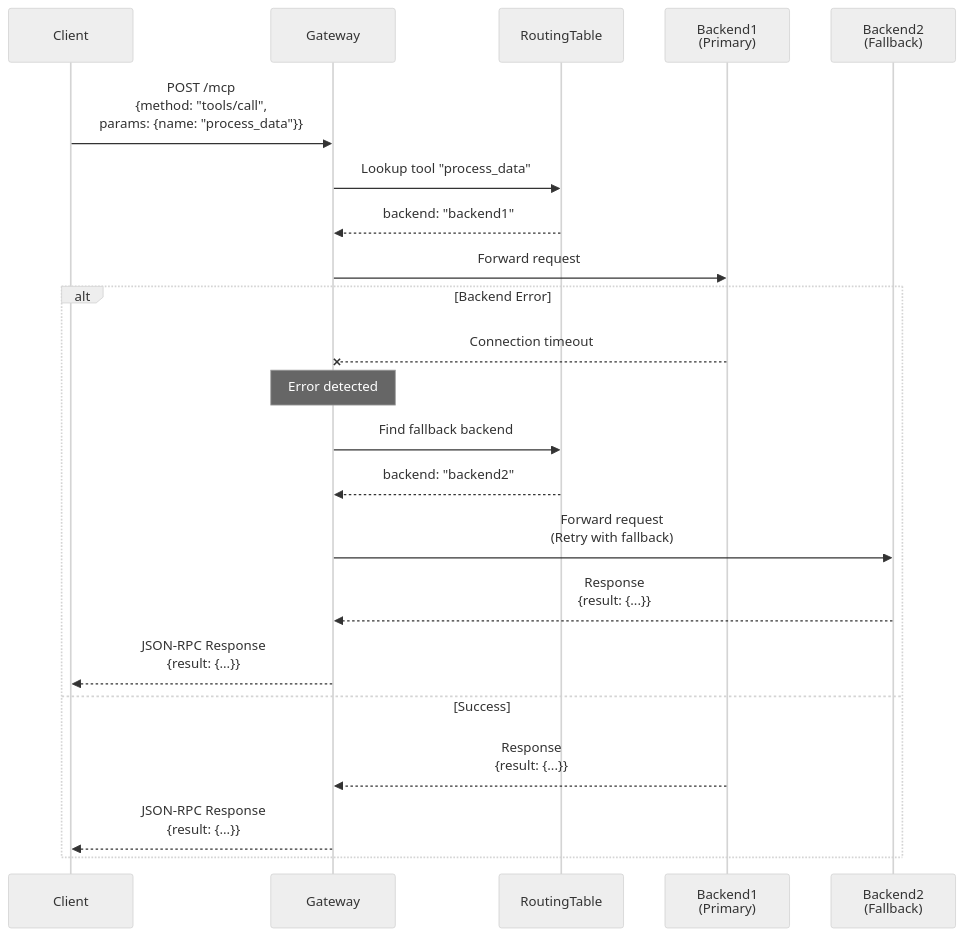
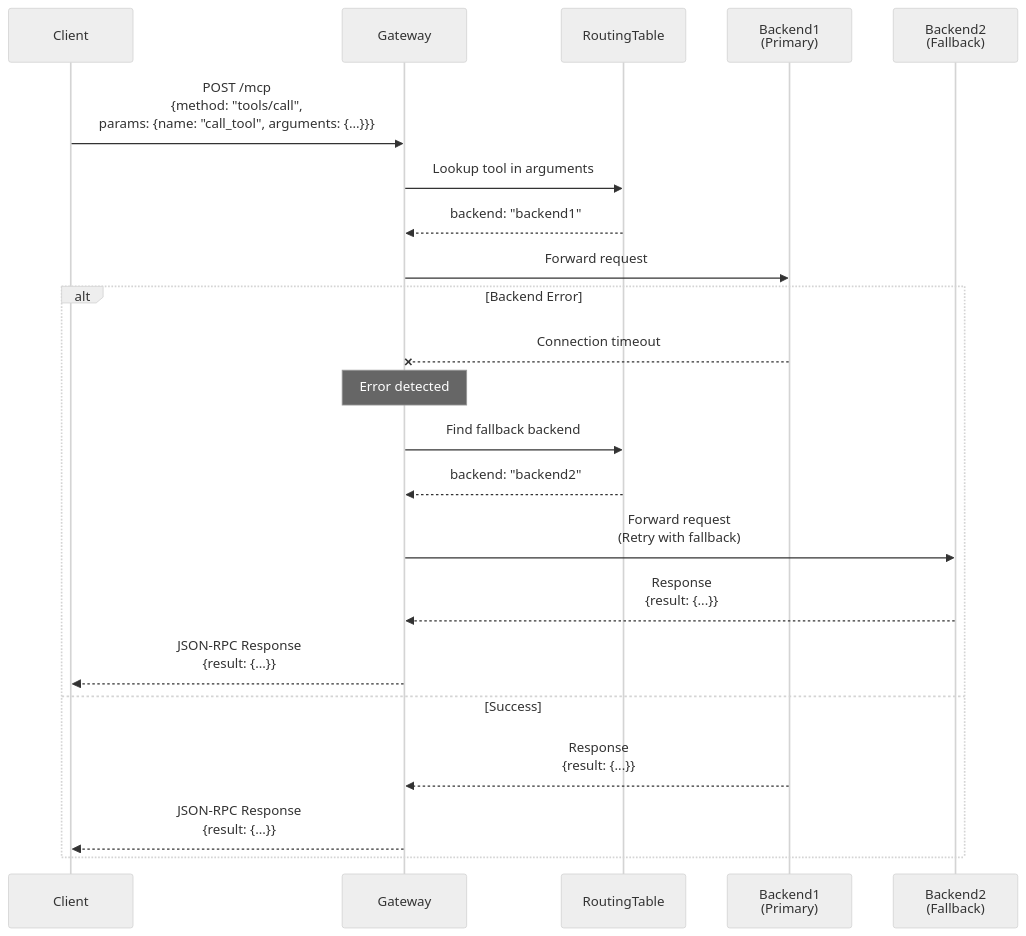
The sixth of 8 diagrams in docs/sequence-diagram.md (takutakahashi/awesome-mcp-proxy), drawn with Mermaid (neutral theme) before and after one commit. The commit also changed other lines of this file and 1 other file, not shown here.

First line of the commit message:
feat: Enforce meta-tool-only access for all tool execution

````diff
--- a/docs/sequence-diagram.md
+++ b/docs/sequence-diagram.md
@@ -160,32 +153,32 @@
 ```mermaid
 sequenceDiagram
     participant C as Client
     participant GW as Gateway
     participant RT as RoutingTable
     participant B1 as Backend1<br/>(Primary)
     participant B2 as Backend2<br/>(Fallback)
 
-    C->>GW: POST /mcp<br/>{method: "tools/call",<br/>params: {name: "process_data"}}
+    C->>GW: POST /mcp<br/>{method: "tools/call",<br/>params: {name: "call_tool", arguments: {...}}}
     
-    GW->>RT: Lookup tool "process_data"
+    GW->>RT: Lookup tool in arguments
     RT-->>GW: backend: "backend1"
     
     GW->>B1: Forward request
     
     alt Backend Error
         B1--xGW: Connection timeout
         
         Note over GW: Error detected
         
         GW->>RT: Find fallback backend
         RT-->>GW: backend: "backend2"
         
         GW->>B2: Forward request<br/>(Retry with fallback)
         B2-->>GW: Response<br/>{result: {...}}
         
         GW-->>C: JSON-RPC Response<br/>{result: {...}}
     else Success
         B1-->>GW: Response<br/>{result: {...}}
         GW-->>C: JSON-RPC Response<br/>{result: {...}}
     end
 ```
````
